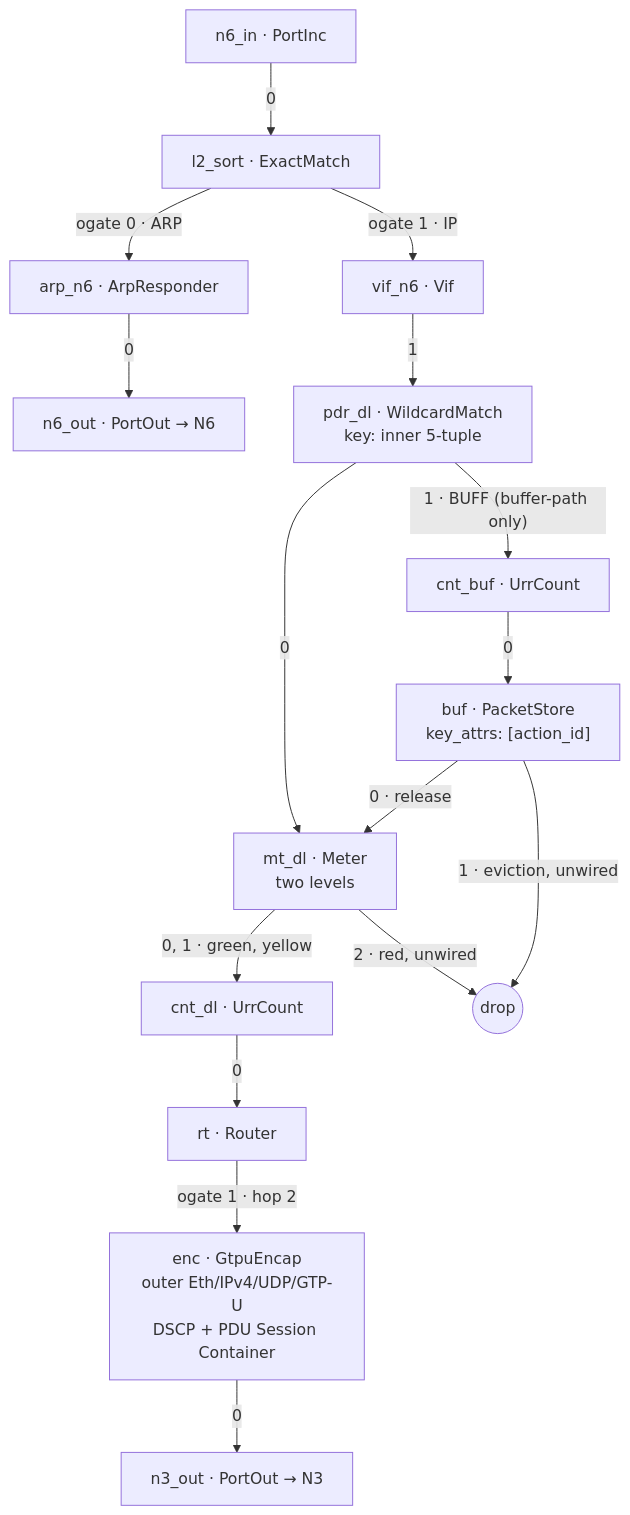
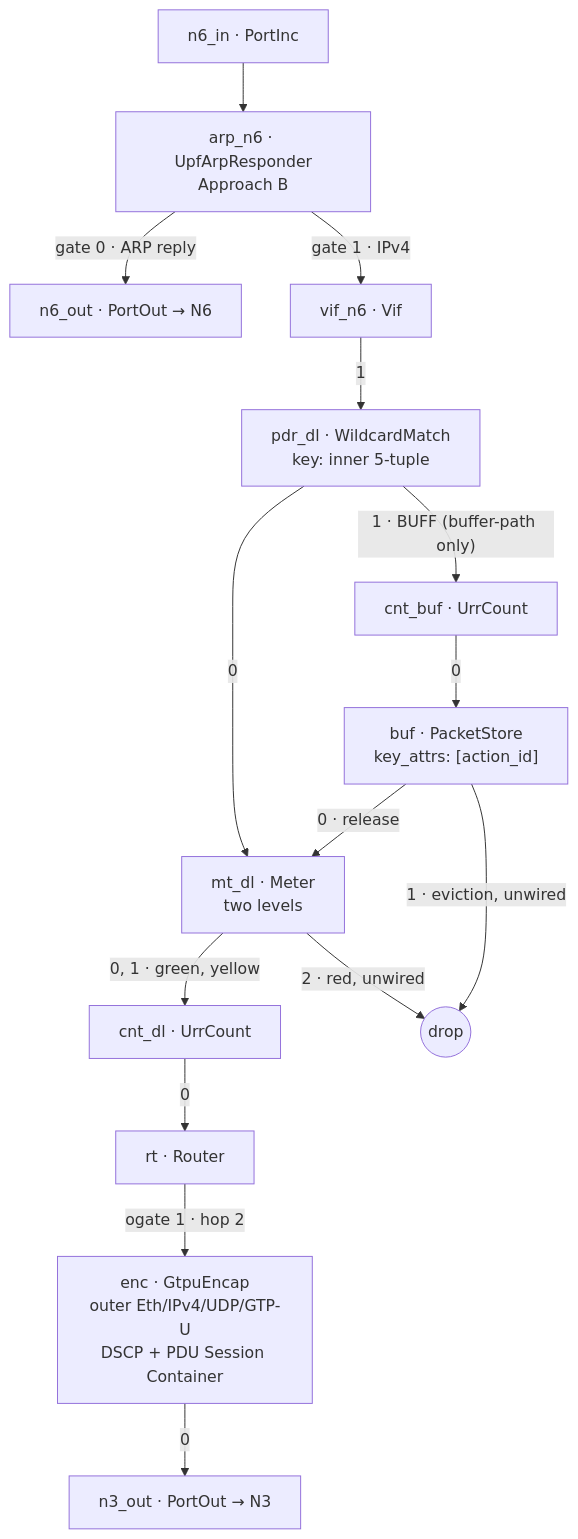
The second of 3 diagrams in docs/datapath.md (krsna1729/upf), drawn with Mermaid before and after one commit. The commit also changed other lines of this file and 3 other files, not shown here.

````diff
--- a/docs/datapath.md
+++ b/docs/datapath.md
@@ -53,18 +53,17 @@
 ```mermaid
 flowchart TB
-    n6in["n6_in · PortInc"] -->|0| l2["l2_sort · ExactMatch"]
-    l2 -->|"ogate 0 · ARP"| arp["arp_n6 · ArpResponder"]
-    arp -->|0| n6out["n6_out · PortOut → N6"]
-    l2 -->|"ogate 1 · IP"| vif["vif_n6 · Vif"]
+    n6in["n6_in · PortInc"] --> arp["arp_n6 · UpfArpResponder<br/>Approach B"]
+    arp -->|"gate 0 · ARP reply"| n6out["n6_out · PortOut → N6"]
+    arp -->|"gate 1 · IPv4"| vif["vif_n6 · Vif"]
     vif -->|1| pdr["pdr_dl · WildcardMatch<br/>key: inner 5-tuple"]
     pdr -->|0| meter["mt_dl · Meter<br/>two levels"]
     pdr -->|"1 · BUFF (buffer-path only)"| cb["cnt_buf · UrrCount"]
     cb -->|0| buf["buf · PacketStore<br/>key_attrs: [action_id]"]
     buf -->|"0 · release"| meter
     buf -->|"1 · eviction, unwired"| drop(("drop"))
     meter -->|"0, 1 · green, yellow"| cnt["cnt_dl · UrrCount"]
     meter -->|"2 · red, unwired"| drop
     cnt -->|0| rt["rt · Router"]
     rt -->|"ogate 1 · hop 2"| enc["enc · GtpuEncap<br/>outer Eth/IPv4/UDP/GTP-U<br/>DSCP + PDU Session Container"]
     enc -->|0| n3out["n3_out · PortOut → N3"]
 ```
````
